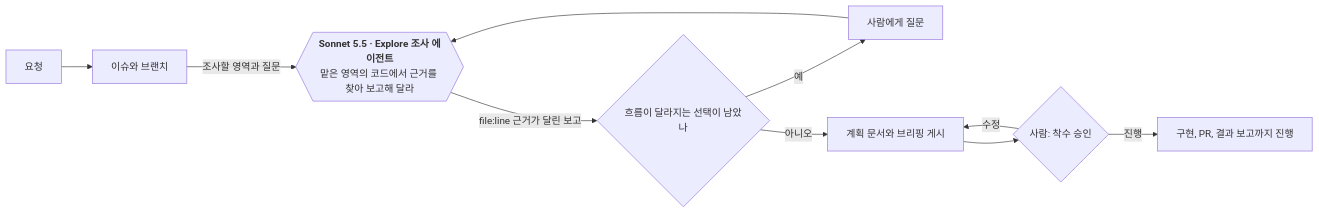
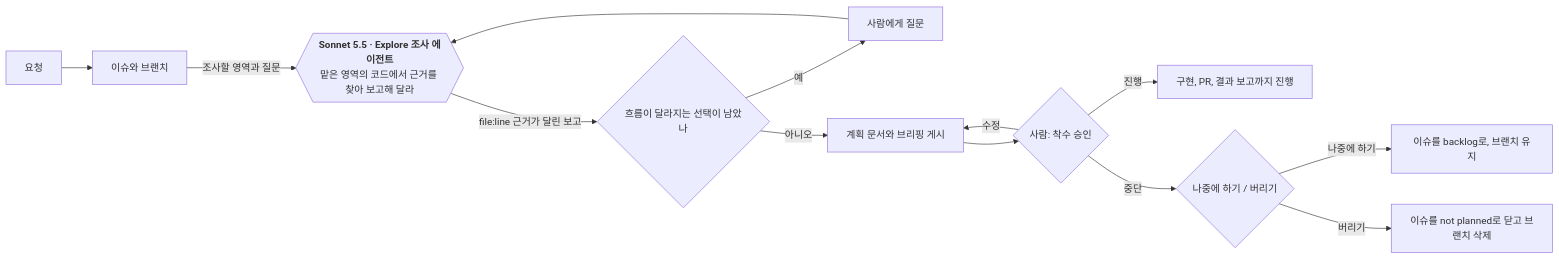
Before and after one commit to dincal/agent_logbook: the fourth of 9 diagrams in docs/system/flows.md, drawn with Mermaid. The commit also changed other lines of this file and 27 other files, not shown here.

````diff
--- a/docs/system/flows.md
+++ b/docs/system/flows.md
@@ -103,13 +103,16 @@
 ```mermaid
 flowchart LR
   A["요청"] --> B["이슈와 브랜치"]
   B -->|"조사할 영역과 질문"| C{{"`**Sonnet 5.5 · Explore 조사 에이전트**
   맡은 영역의 코드에서 근거를 찾아 보고해 달라`"}}
   C -->|"file:line 근거가 달린 보고"| D{"흐름이 달라지는 선택이 남았나"}
   D -->|"예"| Q["사람에게 질문"]
   Q --> C
   D -->|"아니오"| E["계획 문서와 브리핑 게시"]
   E --> F{"사람: 착수 승인"}
   F -->|"진행"| G["구현, PR, 결과 보고까지 진행"]
   F -->|"수정"| E
+  F -->|"중단"| X{"나중에 하기 / 버리기"}
+  X -->|"나중에 하기"| L["이슈를 backlog로, 브랜치 유지"]
+  X -->|"버리기"| Y["이슈를 not planned로 닫고 브랜치 삭제"]
 ```
````
